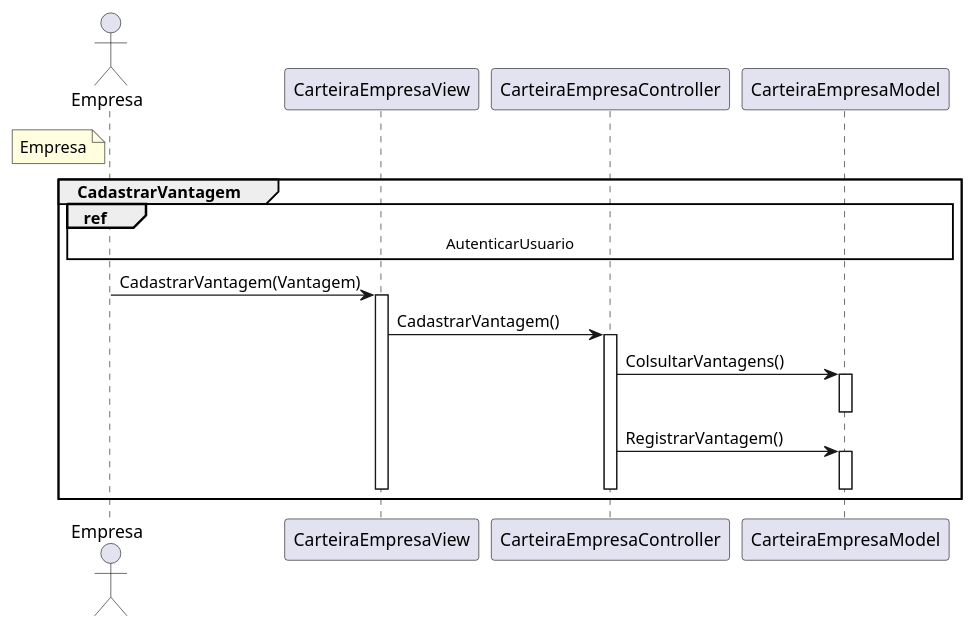
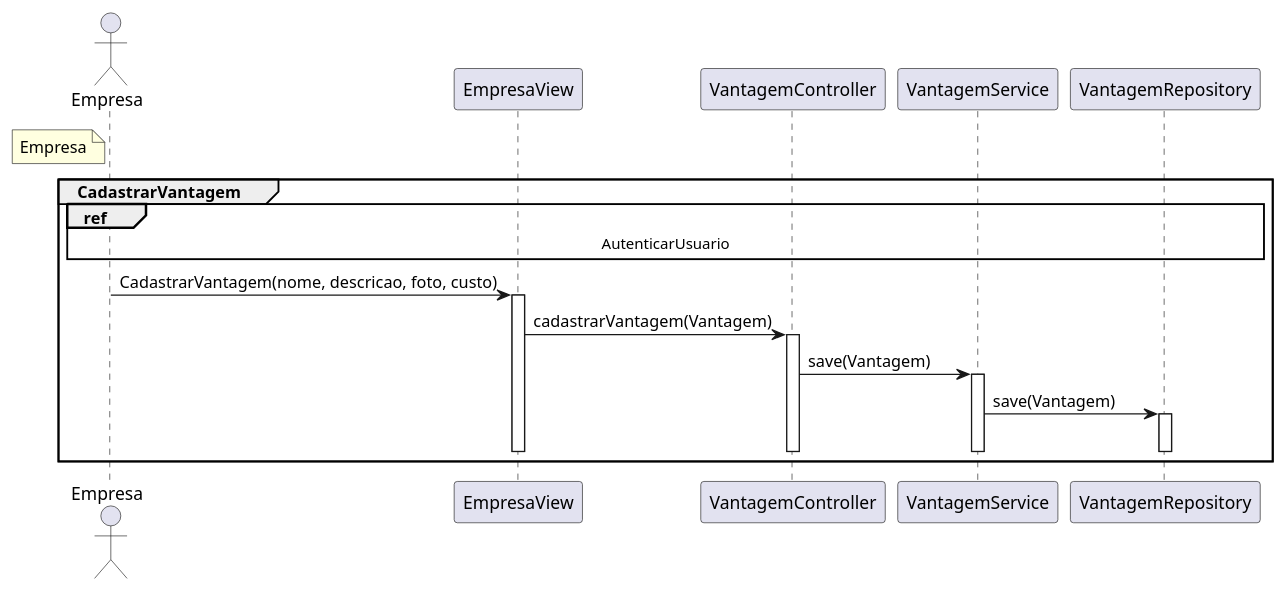
One commit to G4BR-13-L/lab-desenvolvimento-de-software changed the diagram in laboratorio-4/sprint-3/projeto/plantuml/sequencia/Empresa.plantuml. Above: the diagram before and after it, drawn with PlantUML.

Commit message:
Adicionado CRUD de Empresa

```diff
--- a/laboratorio-4/sprint-3/projeto/plantuml/sequencia/Empresa.plantuml
+++ b/laboratorio-4/sprint-3/projeto/plantuml/sequencia/Empresa.plantuml
@@ -1,30 +1,29 @@
 @startuml Empresa
 
 actor "Empresa" as Empresa
 note left of Empresa #LightYellow
     Empresa
 end note
 
-participant "CarteiraEmpresaView" as CarteiraEmpresaView
-participant "CarteiraEmpresaController" as CarteiraEmpresaController
-participant "CarteiraEmpresaModel" as CarteiraEmpresaModel
+participant "EmpresaView" as EmpresaView
+participant "VantagemController" as VantagemController
+participant "VantagemService" as VantagemService
+participant "VantagemRepository" as VantagemRepository
 
 group CadastrarVantagem
-    ref over Empresa,CarteiraEmpresaView, CarteiraEmpresaController, CarteiraEmpresaModel : AutenticarUsuario
-    Empresa -> CarteiraEmpresaView :  CadastrarVantagem(Vantagem)
-    activate CarteiraEmpresaView
-    CarteiraEmpresaView -> CarteiraEmpresaController : CadastrarVantagem()
-    activate CarteiraEmpresaController
-    CarteiraEmpresaController -> CarteiraEmpresaModel : ColsultarVantagens()
-    activate CarteiraEmpresaModel
-    deactivate CarteiraEmpresaModel
-    CarteiraEmpresaController -> CarteiraEmpresaModel : RegistrarVantagem()
-    activate CarteiraEmpresaModel
-    deactivate  CarteiraEmpresaModel
-    deactivate CarteiraEmpresaController
-    deactivate CarteiraEmpresaView
+    ref over Empresa,EmpresaView, VantagemController, VantagemRepository : AutenticarUsuario
+    Empresa -> EmpresaView :  CadastrarVantagem(nome, descricao, foto, custo)
+    activate EmpresaView
+    EmpresaView -> VantagemController : cadastrarVantagem(Vantagem)
+    activate VantagemController
+    VantagemController -> VantagemService : save(Vantagem)
+    activate VantagemService
+    VantagemService -> VantagemRepository : save(Vantagem)
+    activate VantagemRepository
+    deactivate VantagemRepository
+    deactivate VantagemService
+    deactivate VantagemController
+    deactivate EmpresaView
 end
 
-
-
 @enduml
```
